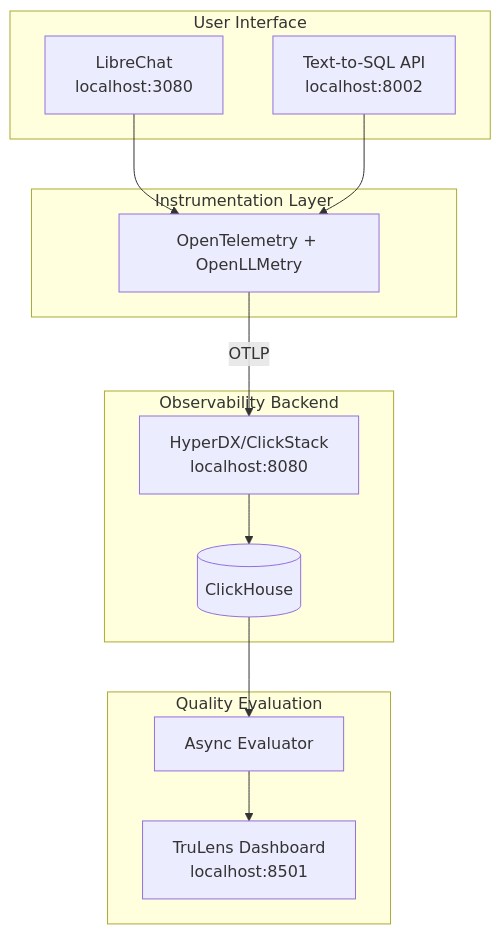
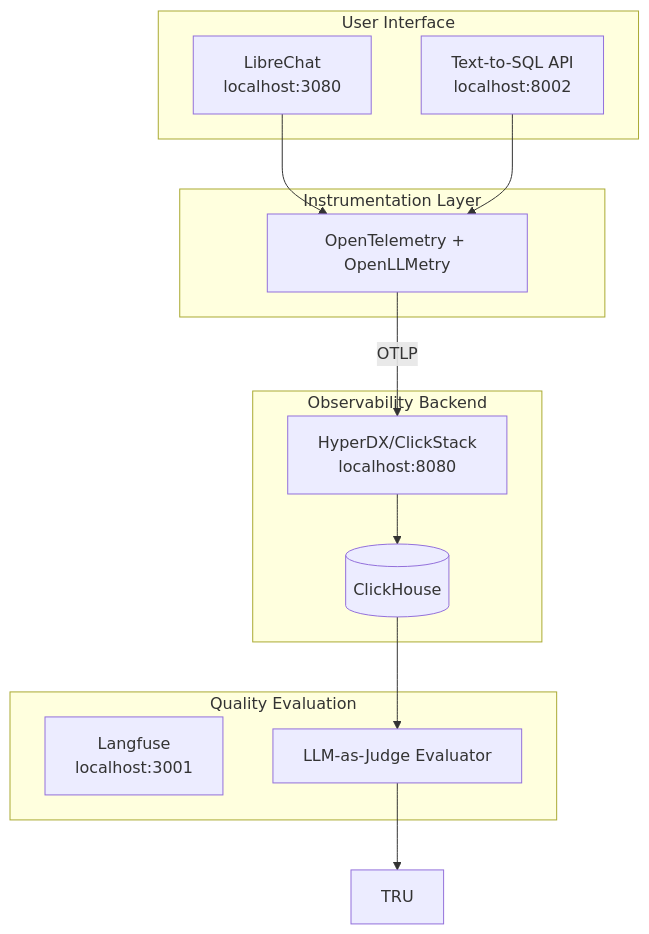
The diagram in docs/QUICKSTART_GUIDE.md (doneyli/clickhouse-llm-observability), drawn with Mermaid before and after one commit. The commit also changed other lines of this file and 27 other files, not shown here.

First line of the commit message:
Switch LibreChat to native Langfuse integration, remove TruLens

````diff
--- a/docs/QUICKSTART_GUIDE.md
+++ b/docs/QUICKSTART_GUIDE.md
@@ -71,28 +71,28 @@
 ```mermaid
 flowchart TB
     subgraph UI["User Interface"]
         LC[LibreChat<br/>localhost:3080]
         API[Text-to-SQL API<br/>localhost:8002]
     end
 
     subgraph INST["Instrumentation Layer"]
         OTEL[OpenTelemetry + OpenLLMetry]
     end
 
     subgraph OBS["Observability Backend"]
         HDX[HyperDX/ClickStack<br/>localhost:8080]
         CH[(ClickHouse)]
     end
 
     subgraph EVAL["Quality Evaluation"]
-        TRU[TruLens Dashboard<br/>localhost:8501]
-        EVL[Async Evaluator]
+        LF[Langfuse<br/>localhost:3001]
+        EVL[LLM-as-Judge Evaluator]
     end
 
     LC --> OTEL
     API --> OTEL
     OTEL -->|OTLP| HDX
     HDX --> CH
     CH --> EVL
     EVL --> TRU
 ```
````
